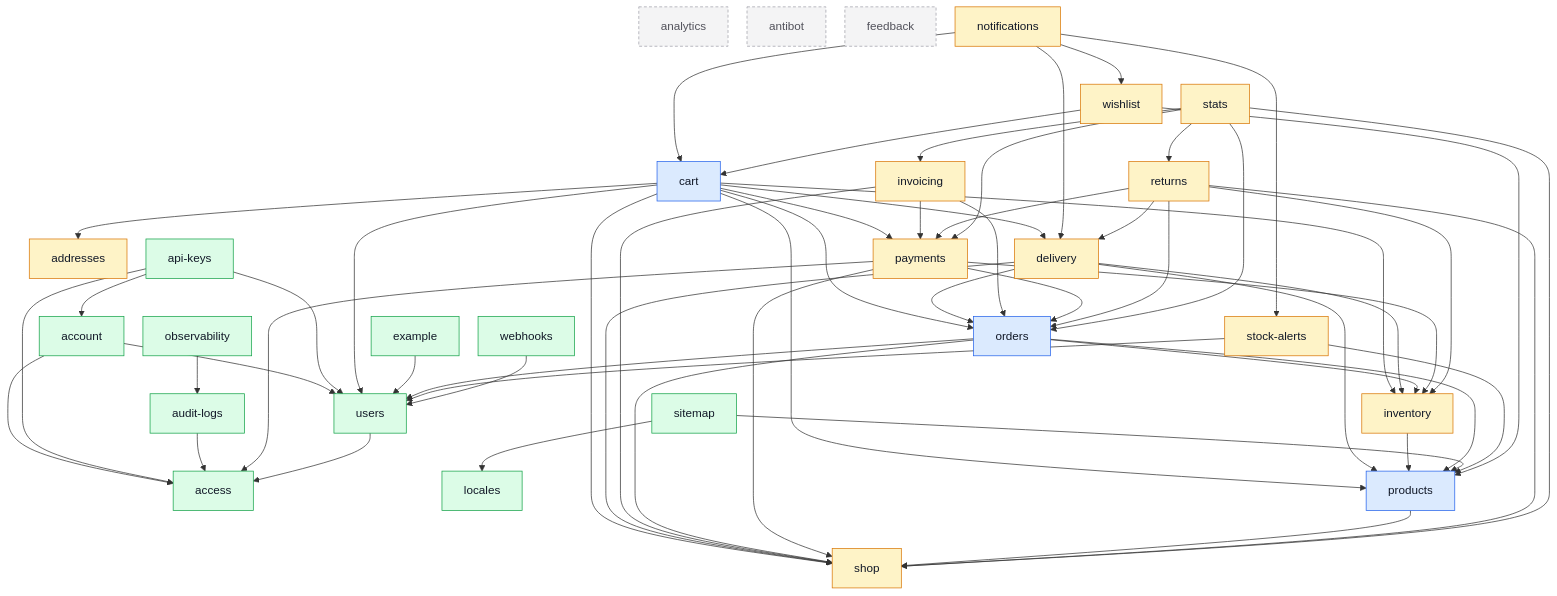
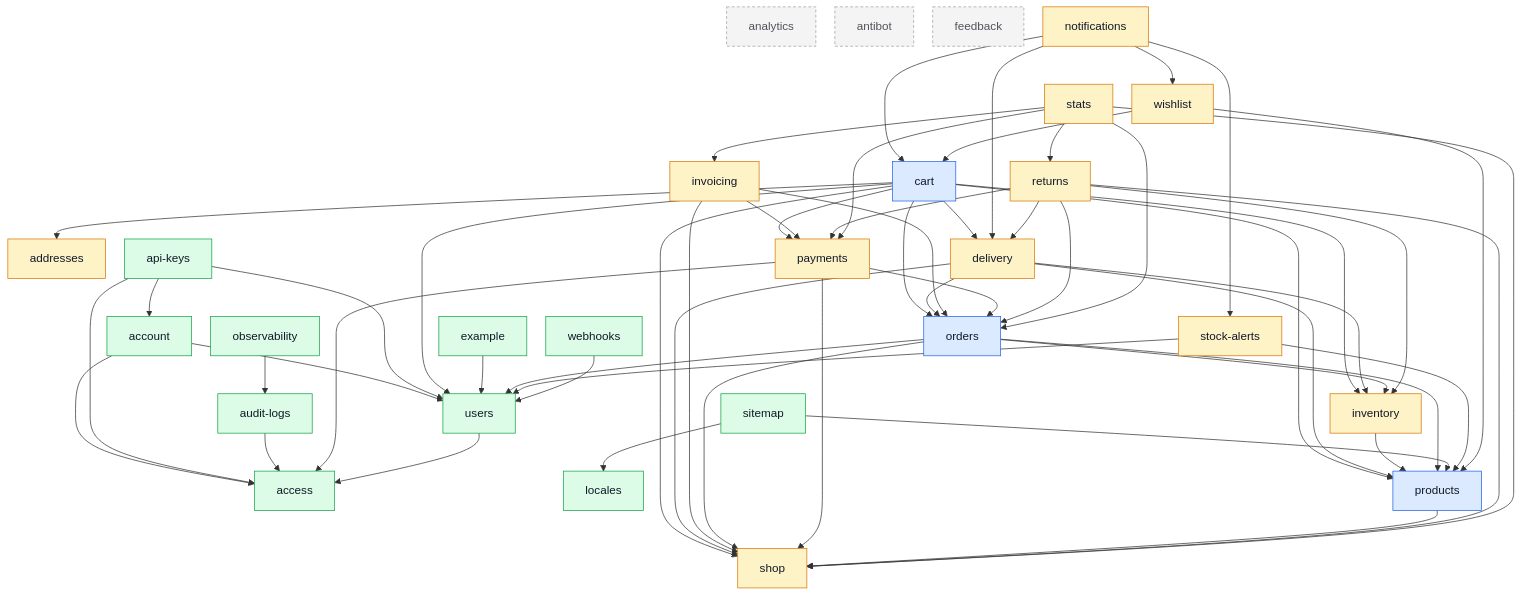
Before and after one commit to Guebbit/boilerplate-node-backend: the diagram in docs/modules/index.md, drawn with Mermaid. The commit also changed other lines of this file and 9 other files, not shown here.

```diff
--- a/docs/modules/index.md
+++ b/docs/modules/index.md
@@ -101,7 +101,6 @@
     orders --> shop
     orders --> users
     payments --> access
-    payments --> inventory
     payments --> orders
     payments --> shop
     products --> shop
```
